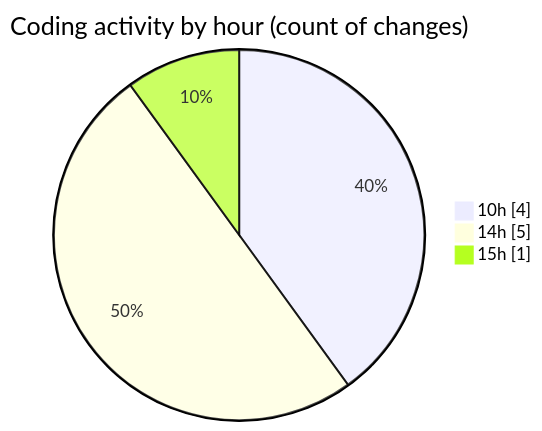
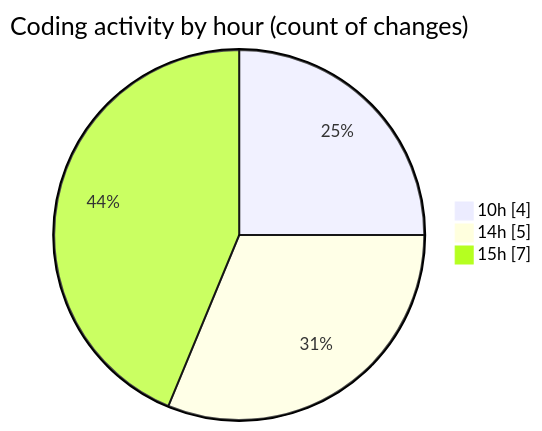
The second of 2 diagrams in 2025-02-09/koderunner/README.md (charlie-sans/code-tracking), drawn with Mermaid before and after one commit. The commit also changed other lines of this file and 1 other file, not shown here.

````diff
--- a/2025-02-09/koderunner/README.md
+++ b/2025-02-09/koderunner/README.md
@@ -31,7 +33,7 @@
 ```mermaid
 pie showData
 title Coding activity by hour (count of changes)
 "10h" : 4
 "14h" : 5
-"15h" : 1
+"15h" : 7
 ```
````
